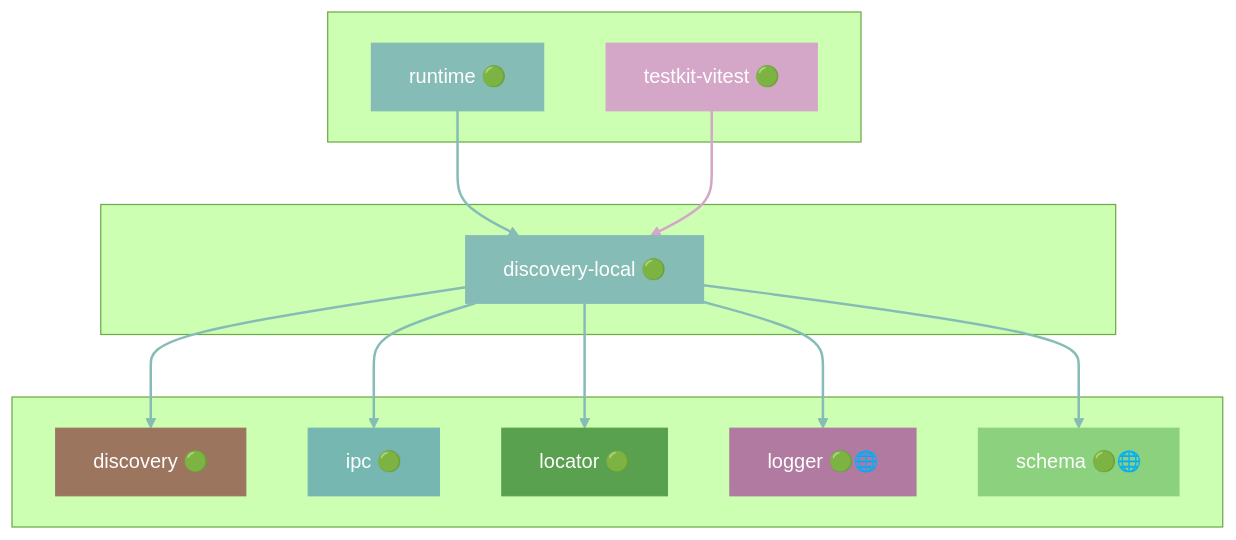
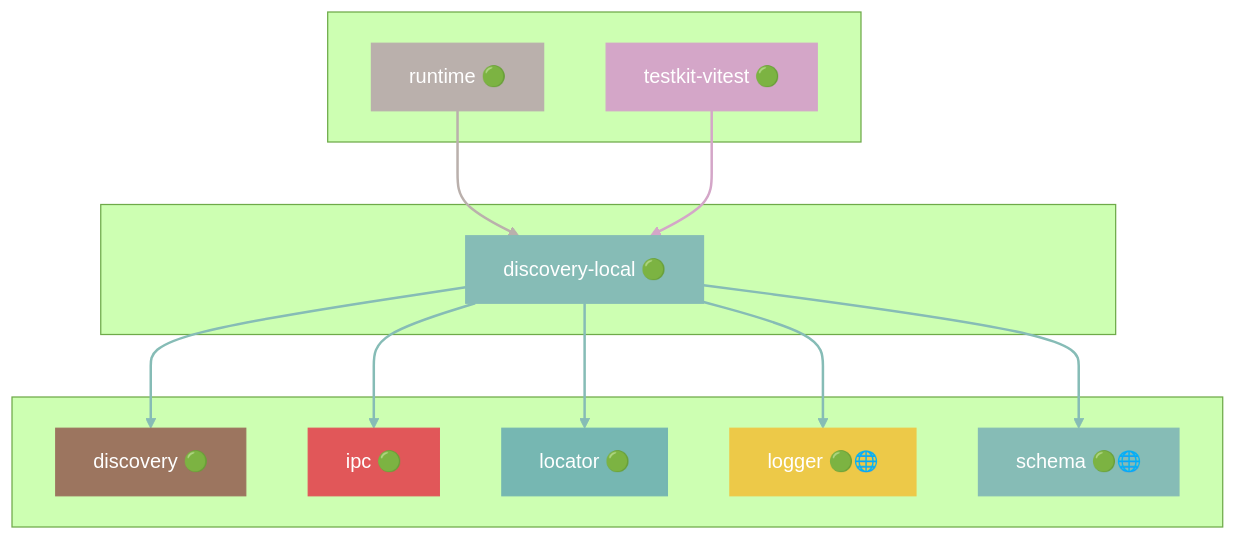
Diagram 12 of 40 in docs/DEPENDENCIES.md (grest-ts/grest-ts), drawn with Mermaid (forest theme) before and after one commit. The commit also changed other lines of this file and 34 other files, not shown here.

````diff
--- a/docs/DEPENDENCIES.md
+++ b/docs/DEPENDENCIES.md
@@ -711,39 +709,39 @@
 ```mermaid
 flowchart TB
     subgraph Dependents[" "]
         runtime["runtime 🟢"]
         testkit-vitest["testkit-vitest 🟢"]
     end
     subgraph Package[" "]
         discovery-local["discovery-local 🟢"]
     end
     subgraph Dependencies[" "]
         discovery["discovery 🟢"]
         ipc["ipc 🟢"]
         locator["locator 🟢"]
         logger["logger 🟢🌐"]
         schema["schema 🟢🌐"]
     end
     runtime --> discovery-local
     testkit-vitest --> discovery-local
     discovery-local --> discovery
     discovery-local --> ipc
     discovery-local --> locator
     discovery-local --> logger
     discovery-local --> schema
     style discovery-local fill:#86BCB6,stroke:#86BCB6,color:#fff
-    style runtime fill:#86BCB6,stroke:#86BCB6,color:#fff
+    style runtime fill:#BAB0AC,stroke:#BAB0AC,color:#fff
     style testkit-vitest fill:#D4A6C8,stroke:#D4A6C8,color:#fff
     style discovery fill:#9C755F,stroke:#9C755F,color:#fff
-    style ipc fill:#76B7B2,stroke:#76B7B2,color:#fff
-    style locator fill:#59A14F,stroke:#59A14F,color:#fff
-    style logger fill:#B07AA1,stroke:#B07AA1,color:#fff
-    style schema fill:#8CD17D,stroke:#8CD17D,color:#fff
-    linkStyle 0 stroke:#86BCB6,stroke-width:2px
+    style ipc fill:#E15759,stroke:#E15759,color:#fff
+    style locator fill:#76B7B2,stroke:#76B7B2,color:#fff
+    style logger fill:#EDC948,stroke:#EDC948,color:#fff
+    style schema fill:#86BCB6,stroke:#86BCB6,color:#fff
+    linkStyle 0 stroke:#BAB0AC,stroke-width:2px
     linkStyle 1 stroke:#D4A6C8,stroke-width:2px
     linkStyle 2 stroke:#86BCB6,stroke-width:2px
     linkStyle 3 stroke:#86BCB6,stroke-width:2px
     linkStyle 4 stroke:#86BCB6,stroke-width:2px
     linkStyle 5 stroke:#86BCB6,stroke-width:2px
     linkStyle 6 stroke:#86BCB6,stroke-width:2px
 ```
````
